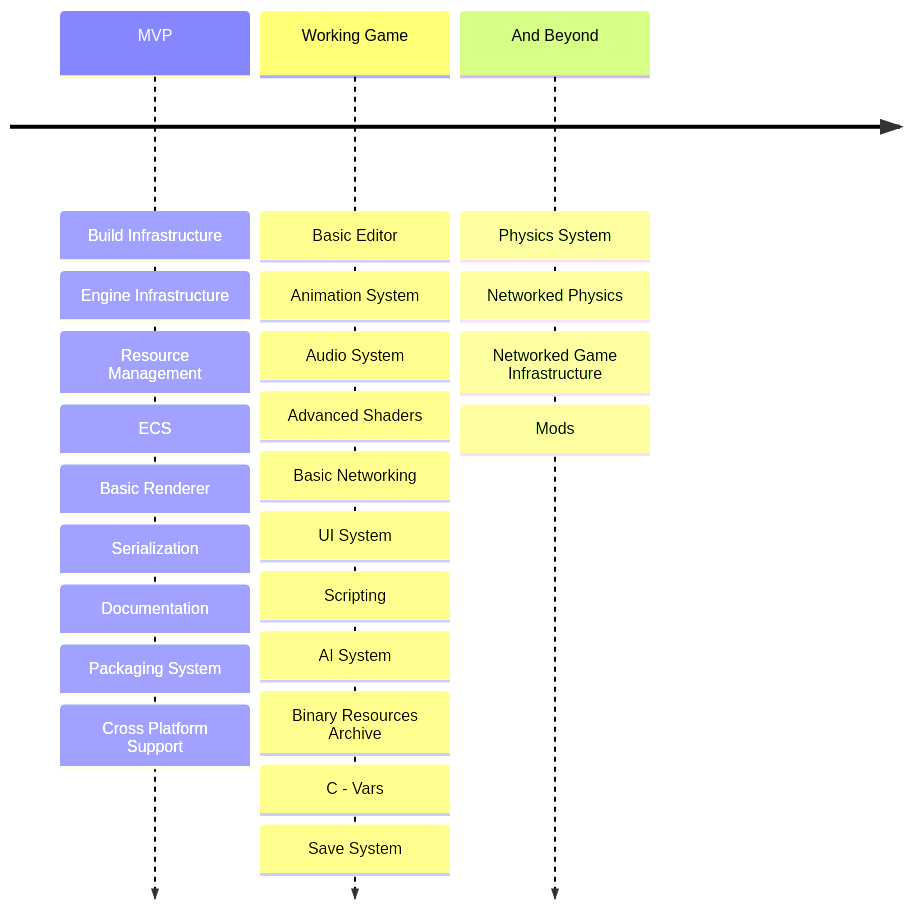
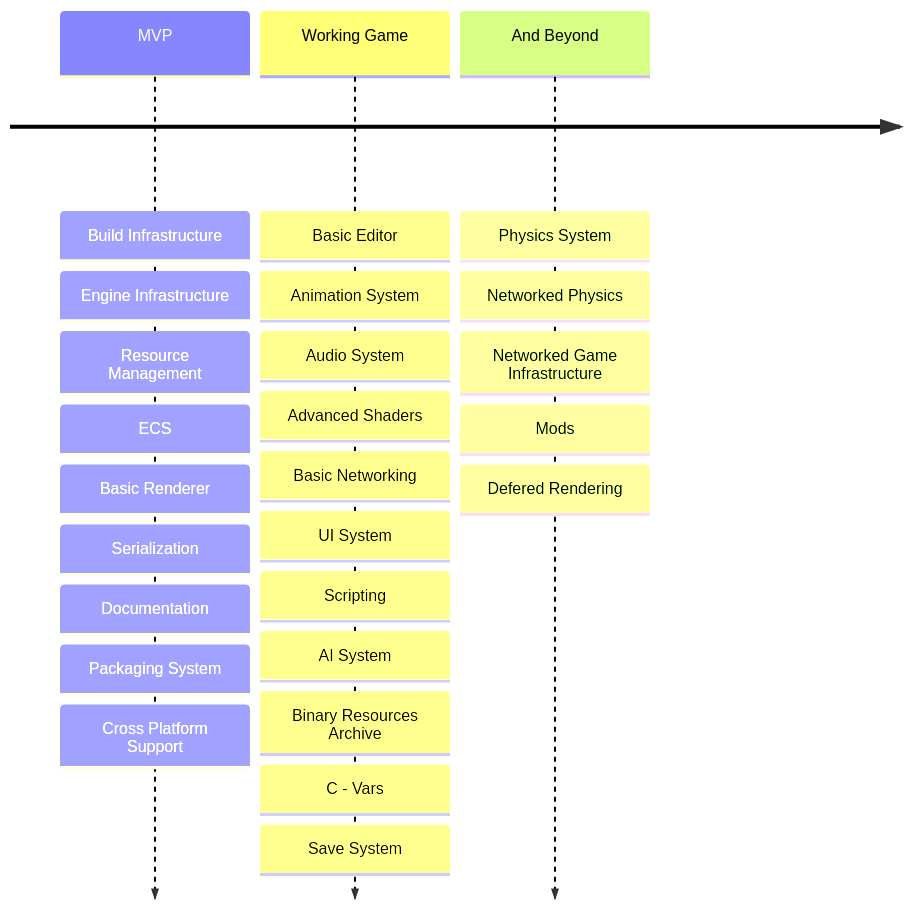
The diagram in docs/source/development-status.md (JonatanNevo/portal-framework), drawn with Mermaid before and after one commit. The commit also changed 29 other files, not shown here.

````diff
--- a/docs/source/development-status.md
+++ b/docs/source/development-status.md
@@ -7,33 +7,34 @@
 ```{mermaid}
 ---
 zoom: true
 align: center
 ---
 timeline
     MVP : Build Infrastructure
         : Engine Infrastructure
         : Resource Management
         : ECS
         : Basic Renderer
         : Serialization
         : Documentation
         : Packaging System
         : Cross Platform Support
     
     Working Game : Basic Editor
                  : Animation System
                  : Audio System
                  : Advanced Shaders
                  : Basic Networking
                  : UI System
                  : Scripting
                  : AI System
                  : Binary Resources Archive
                  : C - Vars
                  : Save System
 
     And Beyond   : Physics System
                  : Networked Physics
                  : Networked Game Infrastructure
                  : Mods
+                 : Defered Rendering
 ```
````
